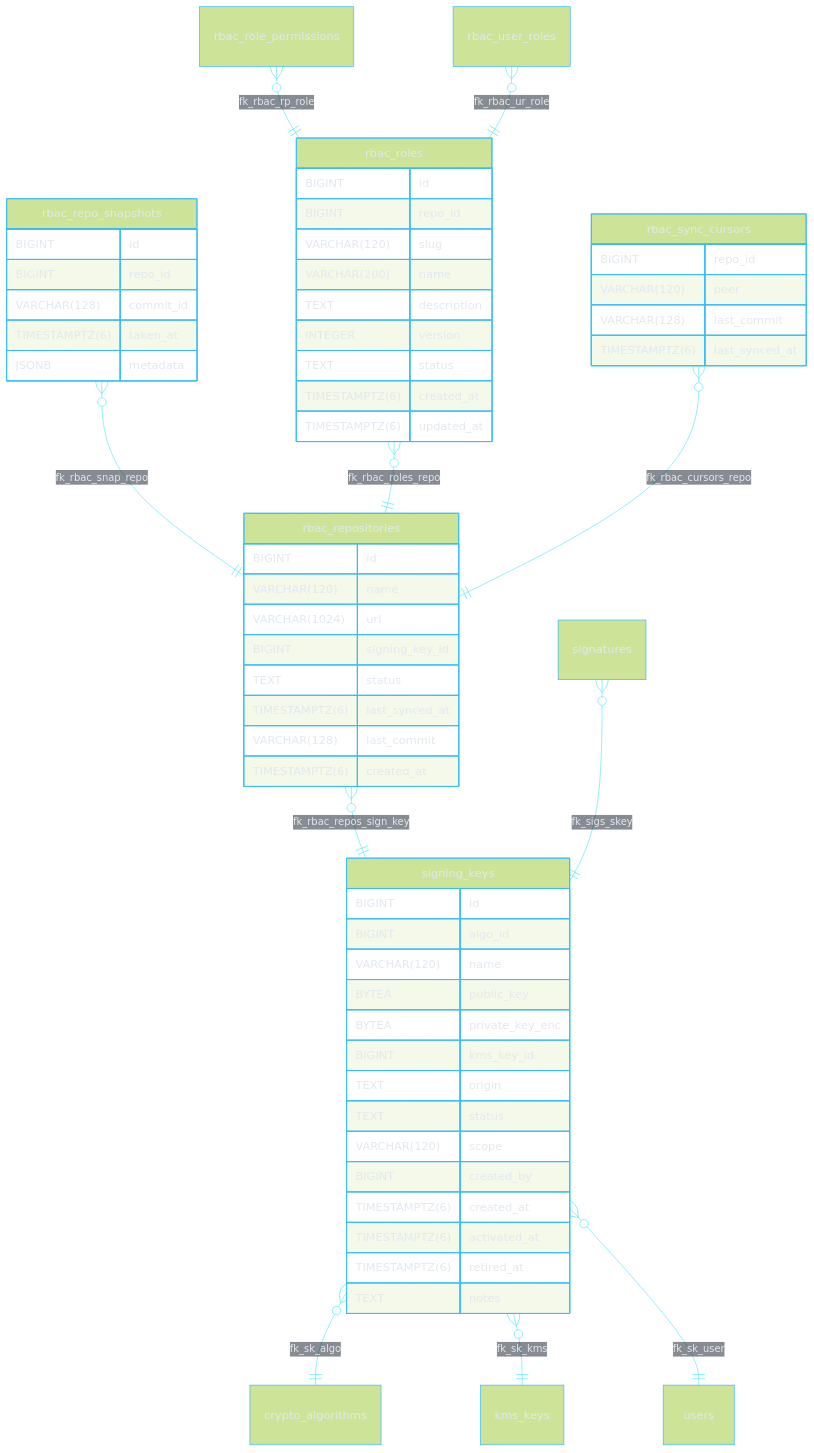
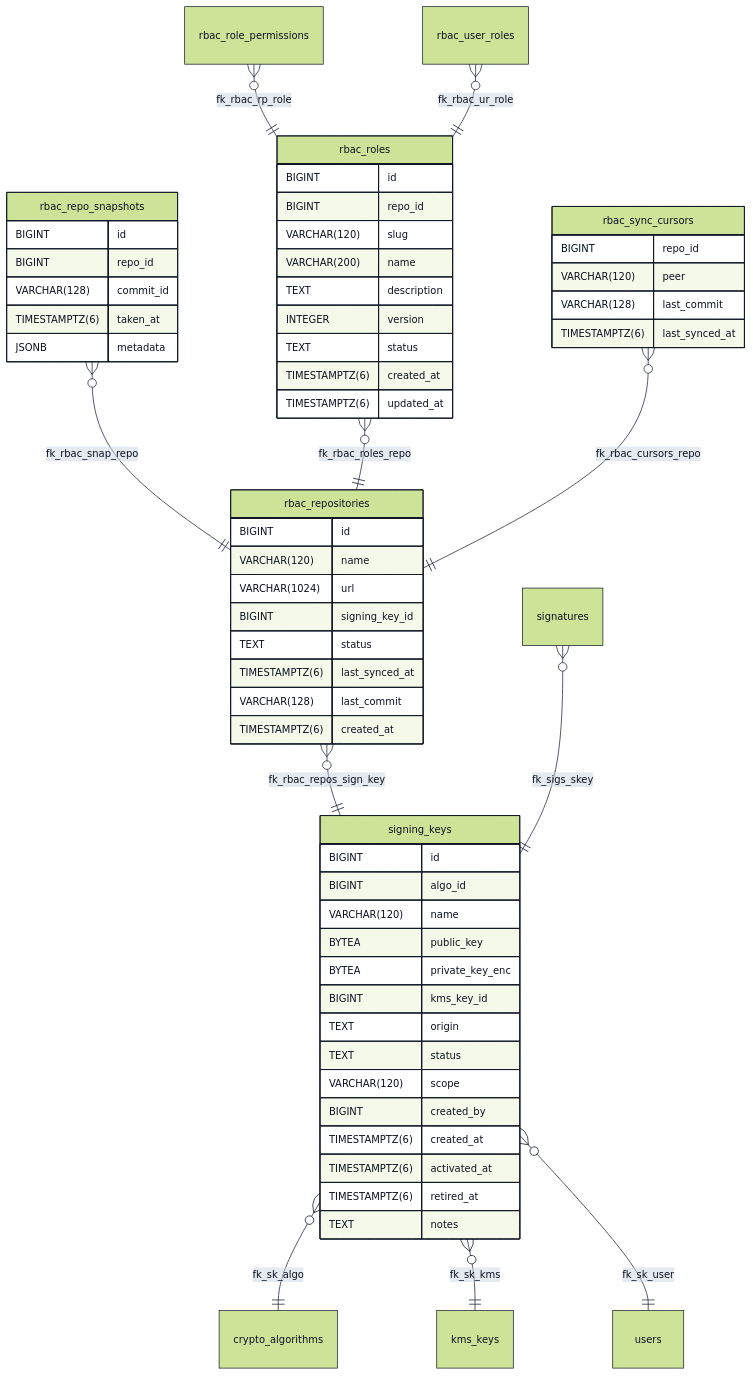
The diagram in docs/erd-details/ERD-rbac_repositories.md (blackcatacademy/blackcat-database), drawn with Mermaid before and after one commit. The commit also changed 93 other files, not shown here.

Commit message:
Further debugging and ERD optimalization 1/*

````diff
--- a/docs/erd-details/ERD-rbac_repositories.md
+++ b/docs/erd-details/ERD-rbac_repositories.md
@@ -1,66 +1,66 @@
 ```mermaid
-%%{init: {"theme":"forest","themeVariables":{"primaryColor":"#0b1021","primaryBorderColor":"#4ade80","primaryTextColor":"#e2e8f0","edgeLabelBackground":"#0b1021","tertiaryColor":"#111827","tertiaryTextColor":"#cbd5e1","lineColor":"#67e8f9","nodeBorder":"#38bdf8","textColor":"#e2e8f0"}} }%%
+%%{init: {"theme":"forest","themeVariables":{"primaryColor":"#e5e7eb","primaryBorderColor":"#111827","primaryTextColor":"#0b1021","edgeLabelBackground":"#f8fafc","tertiaryColor":"#cbd5e1","tertiaryTextColor":"#0f172a","lineColor":"#0f172a","nodeBorder":"#111827","textColor":"#0b1021","fontSize":"14px"}} }%%
 %% Detail ERD for rbac_repositories (engine: postgres, neighbors: 4)
 erDiagram
-  %% direction: TB
+  direction TB
   rbac_repositories {
     BIGINT id
     VARCHAR(120) name
     VARCHAR(1024) url
     BIGINT signing_key_id
     TEXT status
     TIMESTAMPTZ(6) last_synced_at
     VARCHAR(128) last_commit
     TIMESTAMPTZ(6) created_at
   }
   rbac_repo_snapshots {
     BIGINT id
     BIGINT repo_id
     VARCHAR(128) commit_id
     TIMESTAMPTZ(6) taken_at
     JSONB metadata
-  }
-  signing_keys {
-    BIGINT id
-    BIGINT algo_id
-    VARCHAR(120) name
-    BYTEA public_key
-    BYTEA private_key_enc
-    BIGINT kms_key_id
-    TEXT origin
-    TEXT status
-    VARCHAR(120) scope
-    BIGINT created_by
-    TIMESTAMPTZ(6) created_at
-    TIMESTAMPTZ(6) activated_at
-    TIMESTAMPTZ(6) retired_at
-    TEXT notes
   }
   rbac_roles {
     BIGINT id
     BIGINT repo_id
     VARCHAR(120) slug
     VARCHAR(200) name
     TEXT description
     INTEGER version
     TEXT status
     TIMESTAMPTZ(6) created_at
     TIMESTAMPTZ(6) updated_at
   }
   rbac_sync_cursors {
     BIGINT repo_id
     VARCHAR(120) peer
     VARCHAR(128) last_commit
     TIMESTAMPTZ(6) last_synced_at
   }
+  signing_keys {
+    BIGINT id
+    BIGINT algo_id
+    VARCHAR(120) name
+    BYTEA public_key
+    BYTEA private_key_enc
+    BIGINT kms_key_id
+    TEXT origin
+    TEXT status
+    VARCHAR(120) scope
+    BIGINT created_by
+    TIMESTAMPTZ(6) created_at
+    TIMESTAMPTZ(6) activated_at
+    TIMESTAMPTZ(6) retired_at
+    TEXT notes
+  }
 rbac_repo_snapshots }o--|| rbac_repositories : fk_rbac_snap_repo
 rbac_repositories }o--|| signing_keys : fk_rbac_repos_sign_key
 rbac_role_permissions }o--|| rbac_roles : fk_rbac_rp_role
 rbac_roles }o--|| rbac_repositories : fk_rbac_roles_repo
 rbac_sync_cursors }o--|| rbac_repositories : fk_rbac_cursors_repo
 rbac_user_roles }o--|| rbac_roles : fk_rbac_ur_role
 signatures }o--|| signing_keys : fk_sigs_skey
 signing_keys }o--|| crypto_algorithms : fk_sk_algo
 signing_keys }o--|| kms_keys : fk_sk_kms
 signing_keys }o--|| users : fk_sk_user
 ```
````
